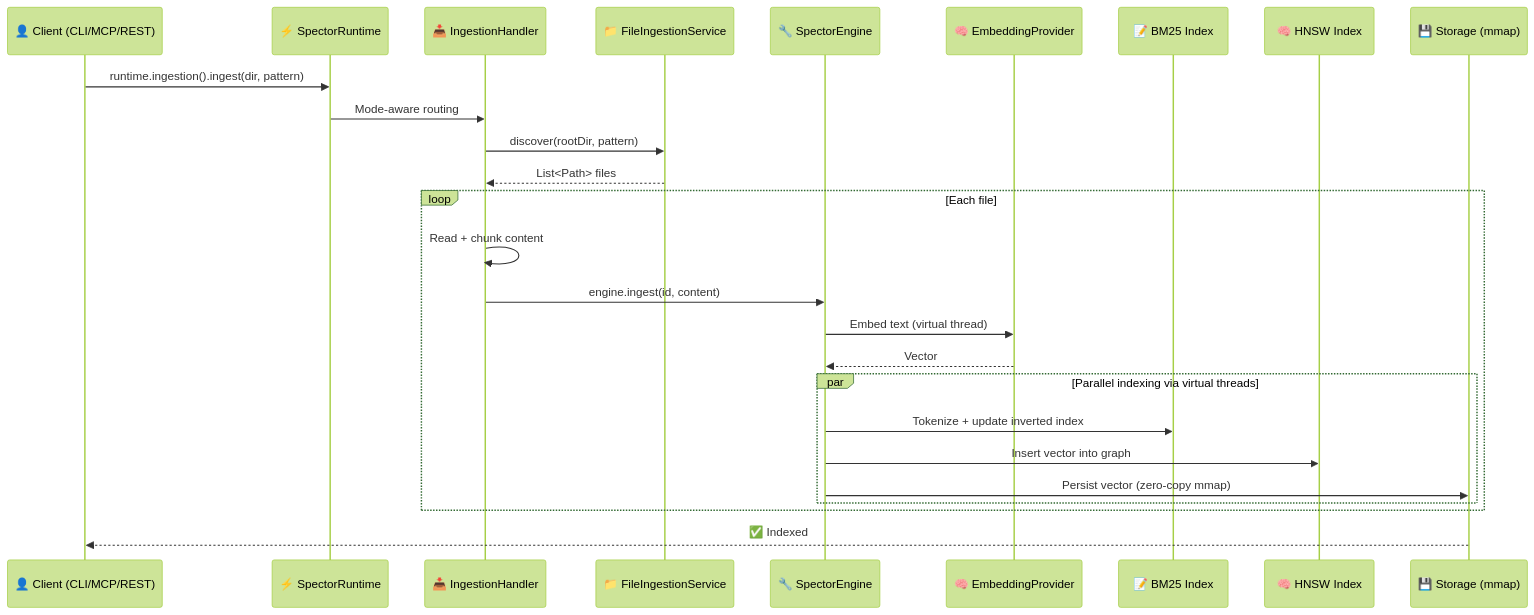
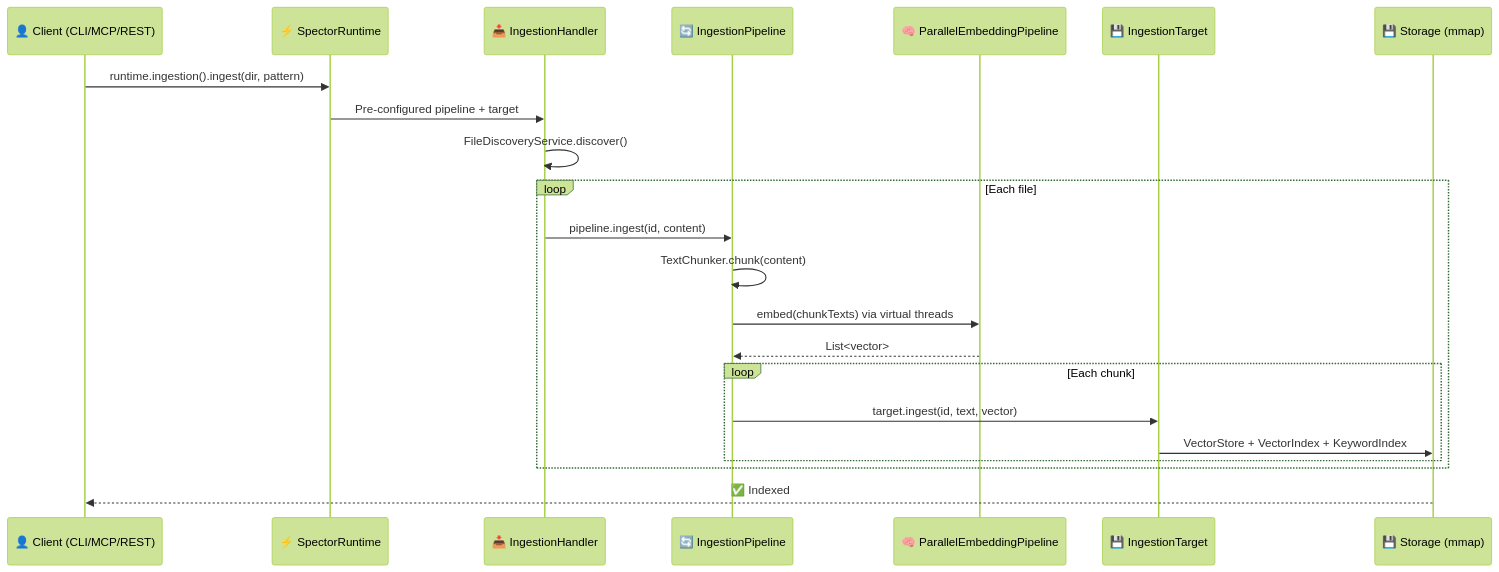
The third of 7 diagrams in docs/docs/architecture/overview.md (spectrayan/spector-search), drawn with Mermaid (forest theme) before and after one commit. The commit also changed other lines of this file and 8 other files, not shown here.

Commit message:
docs: update architecture docs for memory module and ingestion pipeline

````diff
--- a/docs/docs/architecture/overview.md
+++ b/docs/docs/architecture/overview.md
@@ -131,29 +135,25 @@
 ```mermaid
 sequenceDiagram
     participant Client as 👤 Client (CLI/MCP/REST)
     participant Runtime as ⚡ SpectorRuntime
     participant Handler as 📥 IngestionHandler
-    participant Service as 📁 FileIngestionService
-    participant Engine as 🔧 SpectorEngine
-    participant Embed as 🧠 EmbeddingProvider
-    participant BM25 as 📝 BM25 Index
-    participant HNSW as 🧠 HNSW Index
+    participant Pipeline as 🔄 IngestionPipeline
+    participant Embed as 🧠 ParallelEmbeddingPipeline
+    participant Target as 💾 IngestionTarget
     participant Store as 💾 Storage (mmap)
 
     Client->>Runtime: runtime.ingestion().ingest(dir, pattern)
-    Runtime->>Handler: Mode-aware routing
-    Handler->>Service: discover(rootDir, pattern)
-    Service-->>Handler: List<Path> files
+    Runtime->>Handler: Pre-configured pipeline + target
+    Handler->>Handler: FileDiscoveryService.discover()
     loop Each file
-        Handler->>Handler: Read + chunk content
-        Handler->>Engine: engine.ingest(id, content)
-        Engine->>Embed: Embed text (virtual thread)
-        Embed-->>Engine: Vector
-        par Parallel indexing via virtual threads
-            Engine->>BM25: Tokenize + update inverted index
-            Engine->>HNSW: Insert vector into graph
-            Engine->>Store: Persist vector (zero-copy mmap)
+        Handler->>Pipeline: pipeline.ingest(id, content)
+        Pipeline->>Pipeline: TextChunker.chunk(content)
+        Pipeline->>Embed: embed(chunkTexts) via virtual threads
+        Embed-->>Pipeline: List<vector>
+        loop Each chunk
+            Pipeline->>Target: target.ingest(id, text, vector)
+            Target->>Store: VectorStore + VectorIndex + KeywordIndex
         end
     end
     Store-->>Client: ✅ Indexed
 ```
````
